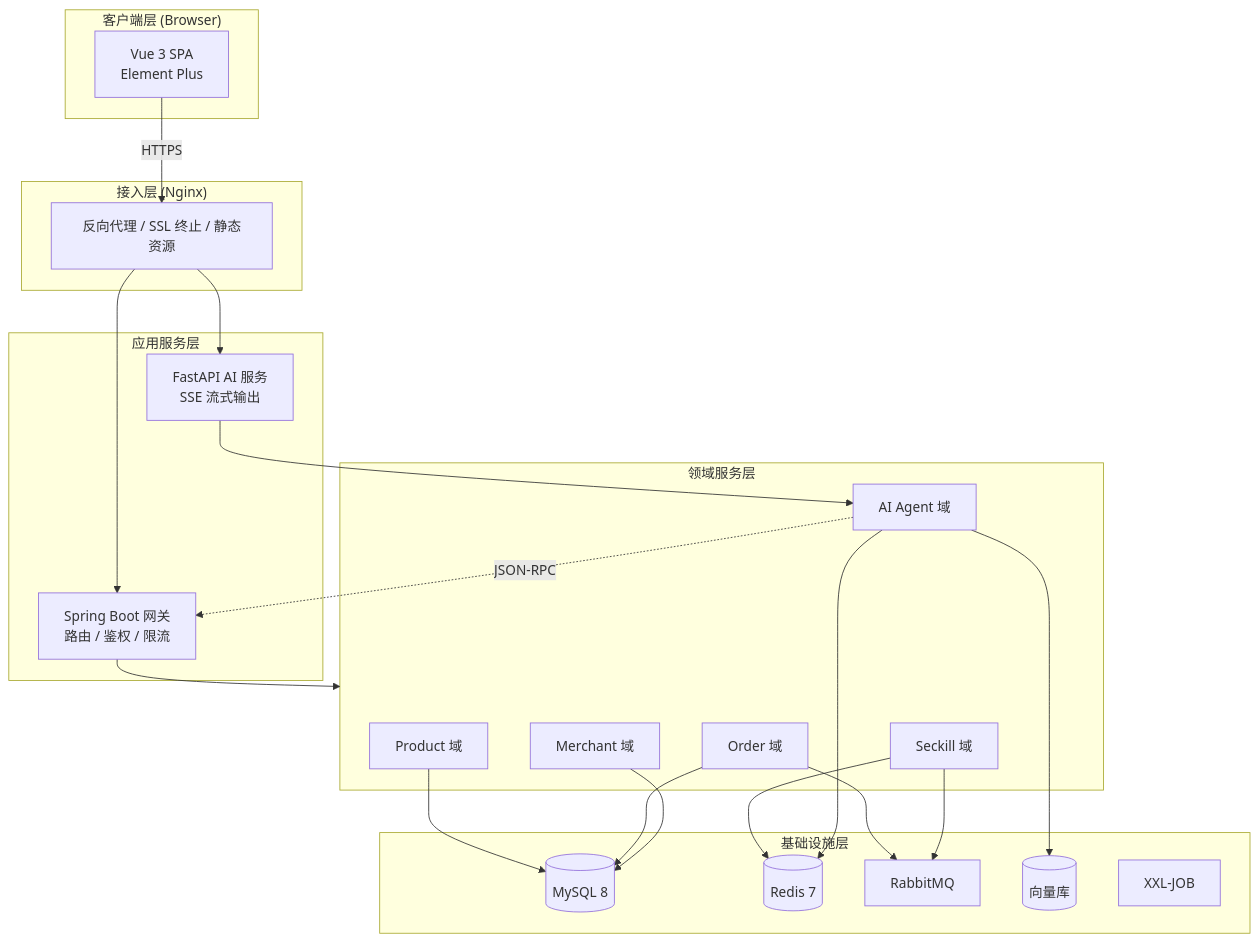
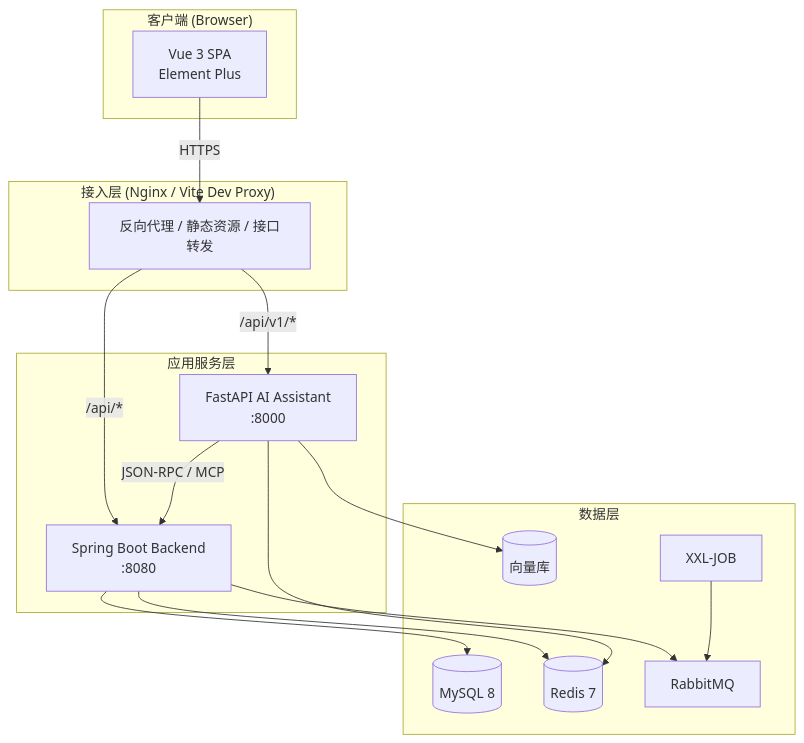
Before and after one commit to FranXx827/personal: the first of 6 diagrams in README.md, drawn with Mermaid. The commit also changed other lines of this file and 1 other file, not shown here.

Commit message:
全面优化 README 文档架构图和内容说明

````diff
--- a/README.md
+++ b/README.md
@@ -30,41 +29,30 @@
 ```mermaid
 flowchart TB
-    subgraph Client["客户端层 (Browser)"]
+    subgraph Client["客户端 (Browser)"]
         UI[Vue 3 SPA<br/>Element Plus]
     end
-    subgraph Gateway["接入层 (Nginx)"]
-        NGINX[反向代理 / SSL 终止 / 静态资源]
+    subgraph Gateway["接入层 (Nginx / Vite Dev Proxy)"]
+        NGINX[反向代理 / 静态资源 / 接口转发]
     end
-    subgraph AppLayer["应用服务层"]
-        SB[Spring Boot 网关<br/>路由 / 鉴权 / 限流]
-        FA[FastAPI AI 服务<br/>SSE 流式输出]
+    subgraph ServiceLayer["应用服务层"]
+        SB[Spring Boot Backend<br/>:8080]
+        FA[FastAPI AI Assistant<br/>:8000]
     end
-    subgraph DomainLayer["领域服务层"]
-        PROD[Product 域]
-        ORDER[Order 域]
-        SEC[Seckill 域]
-        MERCH[Merchant 域]
-        AGENT[AI Agent 域]
-    end
-    subgraph InfraLayer["基础设施层"]
+    subgraph DataLayer["数据层"]
         MYSQL[(MySQL 8)]
         REDIS[(Redis 7)]
         MQ[RabbitMQ]
         VEC[(向量库)]
         XXL[XXL-JOB]
     end
     UI -->|HTTPS| NGINX
-    NGINX --> SB
-    NGINX --> FA
-    SB --> DomainLayer
-    FA --> AGENT
-    PROD --> MYSQL
-    ORDER --> MYSQL
-    ORDER --> MQ
-    SEC --> REDIS
-    SEC --> MQ
-    MERCH --> MYSQL
-    AGENT --> VEC
-    AGENT --> REDIS
-    AGENT -.JSON-RPC.-> SB
+    NGINX -->|/api/*| SB
+    NGINX -->|/api/v1/*| FA
+    FA -->|JSON-RPC / MCP| SB
+    SB --> MYSQL
+    SB --> REDIS
+    SB --> MQ
+    FA --> VEC
+    FA --> REDIS
+    XXL --> MQ
 ```
````
